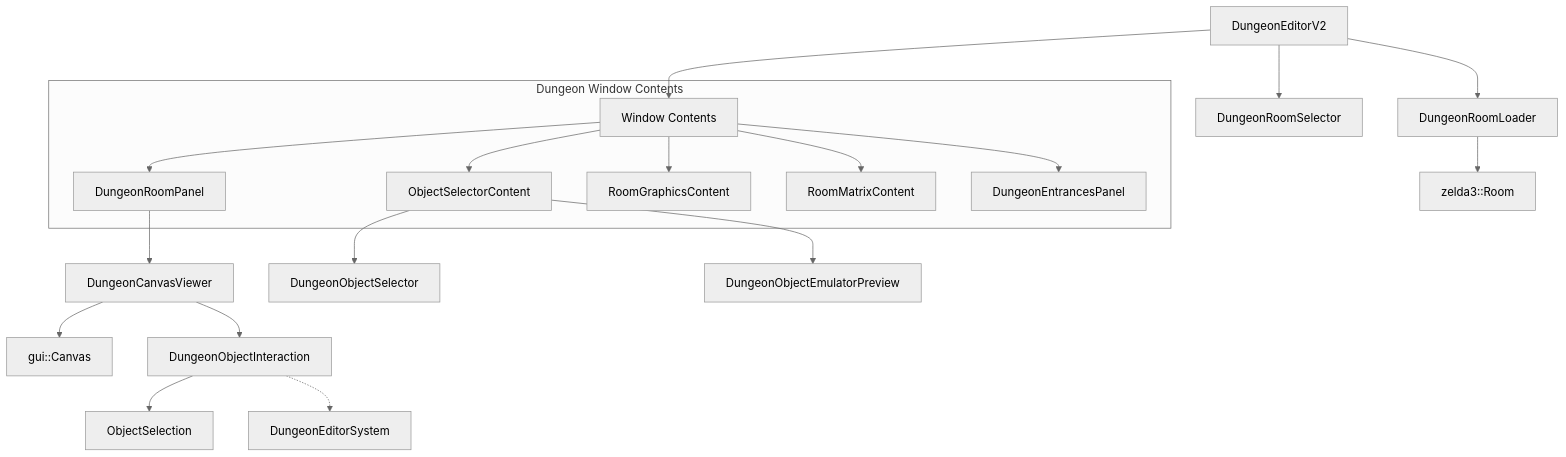
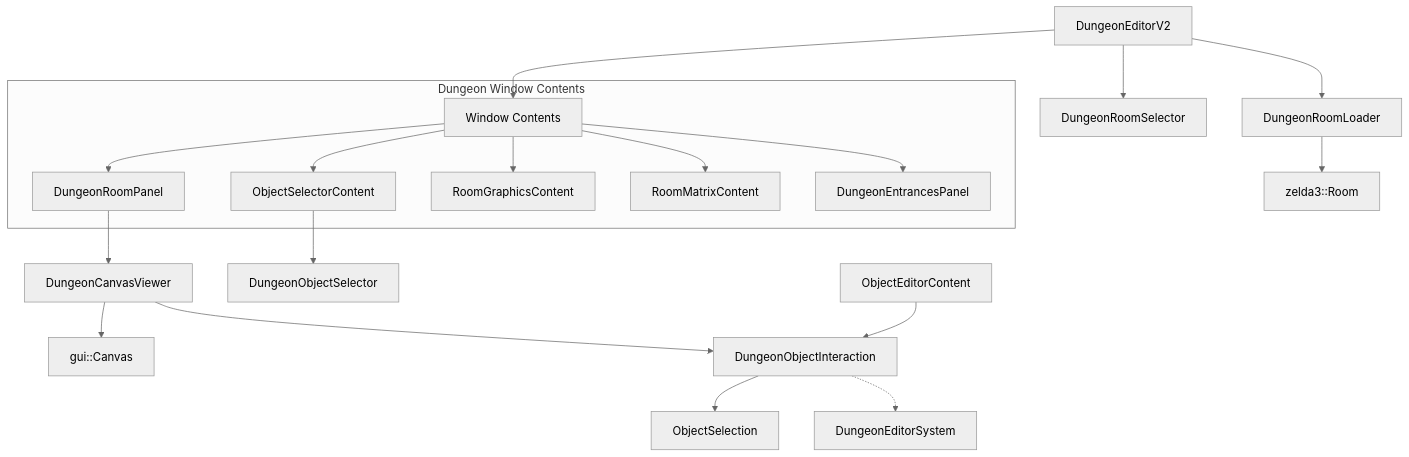
Before and after one commit to scawful/yaze: the diagram in src/app/editor/dungeon/README.md, drawn with Mermaid (neutral theme). The commit also changed other lines of this file and 5 other files, not shown here.

Commit message:
dungeon: make object selector browse and place only

````diff
--- a/src/app/editor/dungeon/README.md
+++ b/src/app/editor/dungeon/README.md
@@ -9,26 +9,26 @@
 ```mermaid
 graph TD
     Editor[DungeonEditorV2] --> Loader[DungeonRoomLoader]
     Editor --> Selector[DungeonRoomSelector]
     Editor --> Contents[Window Contents]
 
     subgraph "Dungeon Window Contents"
         Contents --> RoomPanel[DungeonRoomPanel]
         Contents --> SelectorContent[ObjectSelectorContent]
         Contents --> GraphicsContent[RoomGraphicsContent]
         Contents --> MatrixContent[RoomMatrixContent]
         Contents --> EntranceContent[DungeonEntrancesPanel]
     end
 
     RoomPanel --> Viewer[DungeonCanvasViewer]
     Viewer --> Canvas[gui::Canvas]
     Viewer --> Interaction[DungeonObjectInteraction]
 
     Interaction --> Selection[ObjectSelection]
     Interaction -.-> System[DungeonEditorSystem]
 
     SelectorContent --> ObjSelector[DungeonObjectSelector]
-    SelectorContent --> EmuPreview[DungeonObjectEmulatorPreview]
+    EditorContent[ObjectEditorContent] --> Interaction
 
     Loader --> RomData[zelda3::Room]
 ```
````
